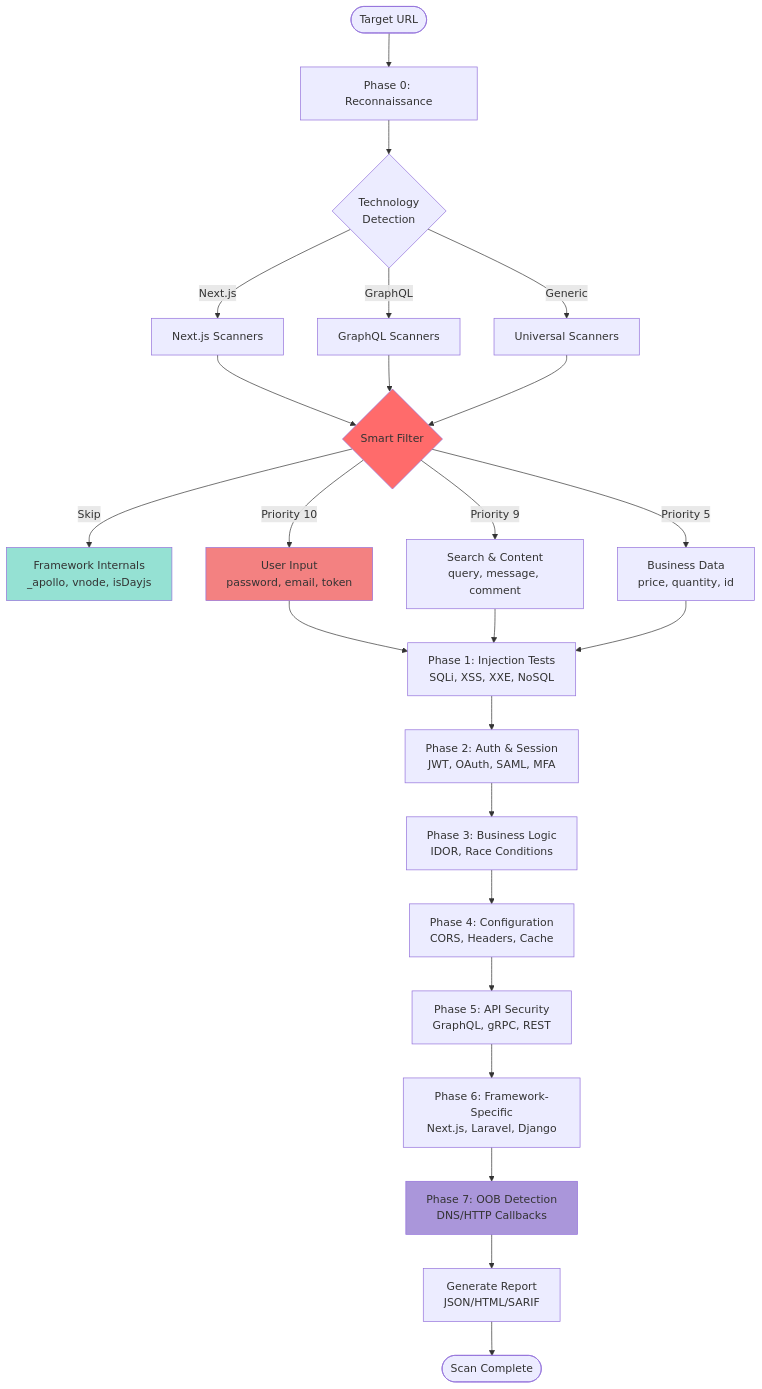
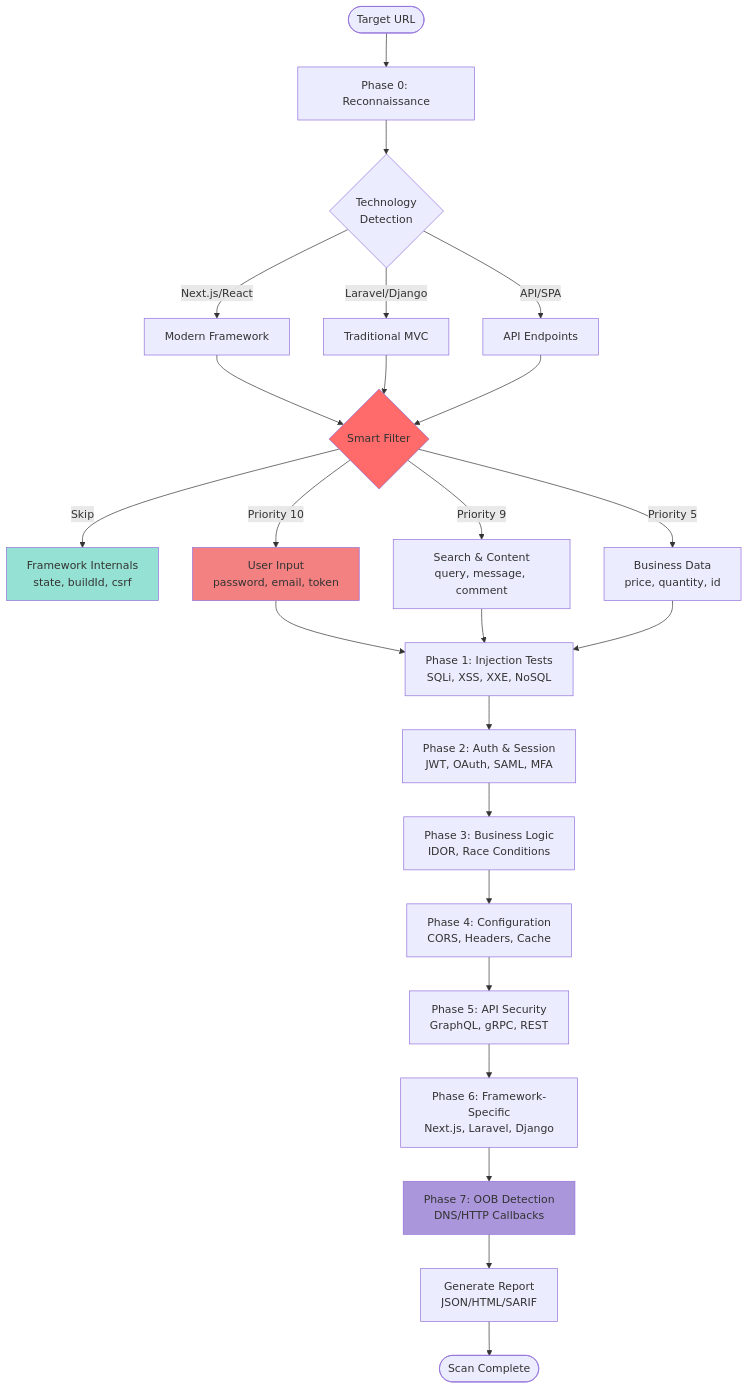
Before and after one commit to bountyyfi/lonkero: the second of 5 diagrams in README.md, drawn with Mermaid. The commit also changed other lines of this file, not shown here.

````diff
--- a/README.md
+++ b/README.md
@@ -98,37 +96,37 @@
 ```mermaid
 graph TB
     Start([Target URL]) --> Recon[Phase 0: Reconnaissance]
 
     Recon --> Tech{Technology<br/>Detection}
-    Tech -->|Next.js| NextJS[Next.js Scanners]
-    Tech -->|GraphQL| GQL[GraphQL Scanners]
-    Tech -->|Generic| Generic[Universal Scanners]
+    Tech -->|Next.js/React| Modern[Modern Framework]
+    Tech -->|Laravel/Django| Traditional[Traditional MVC]
+    Tech -->|API/SPA| API[API Endpoints]
 
-    NextJS --> Filter
-    GQL --> Filter
-    Generic --> Filter
+    Modern --> Filter
+    Traditional --> Filter
+    API --> Filter
 
-    Filter{Smart Filter} -->|Skip| Skip[Framework Internals<br/>_apollo, vnode, isDayjs]
+    Filter{Smart Filter} -->|Skip| Skip[Framework Internals<br/>state, buildId, csrf]
     Filter -->|Priority 10| P10[User Input<br/>password, email, token]
     Filter -->|Priority 9| P9[Search & Content<br/>query, message, comment]
     Filter -->|Priority 5| P5[Business Data<br/>price, quantity, id]
 
     P10 --> Phase1[Phase 1: Injection Tests<br/>SQLi, XSS, XXE, NoSQL]
     P9 --> Phase1
     P5 --> Phase1
 
     Phase1 --> Phase2[Phase 2: Auth & Session<br/>JWT, OAuth, SAML, MFA]
     Phase2 --> Phase3[Phase 3: Business Logic<br/>IDOR, Race Conditions]
     Phase3 --> Phase4[Phase 4: Configuration<br/>CORS, Headers, Cache]
     Phase4 --> Phase5[Phase 5: API Security<br/>GraphQL, gRPC, REST]
     Phase5 --> Phase6[Phase 6: Framework-Specific<br/>Next.js, Laravel, Django]
     Phase6 --> Phase7[Phase 7: OOB Detection<br/>DNS/HTTP Callbacks]
     Phase7 --> Report[Generate Report<br/>JSON/HTML/SARIF]
 
     Report --> End([Scan Complete])
 
     style Filter fill:#ff6b6b
     style Skip fill:#95e1d3
     style P10 fill:#f38181
     style Phase7 fill:#aa96da
 ```
````
